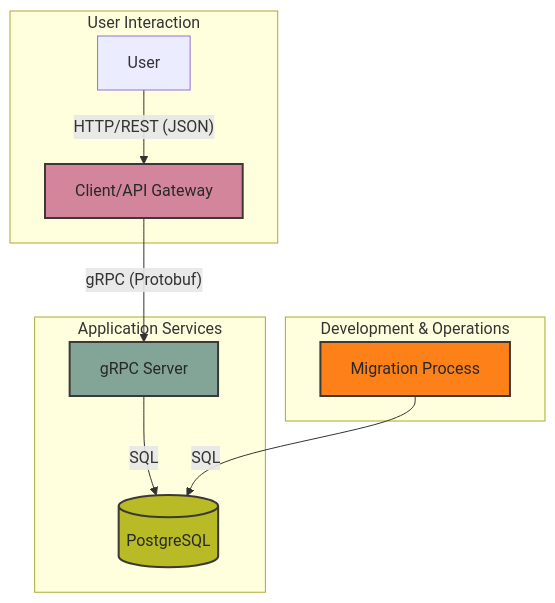
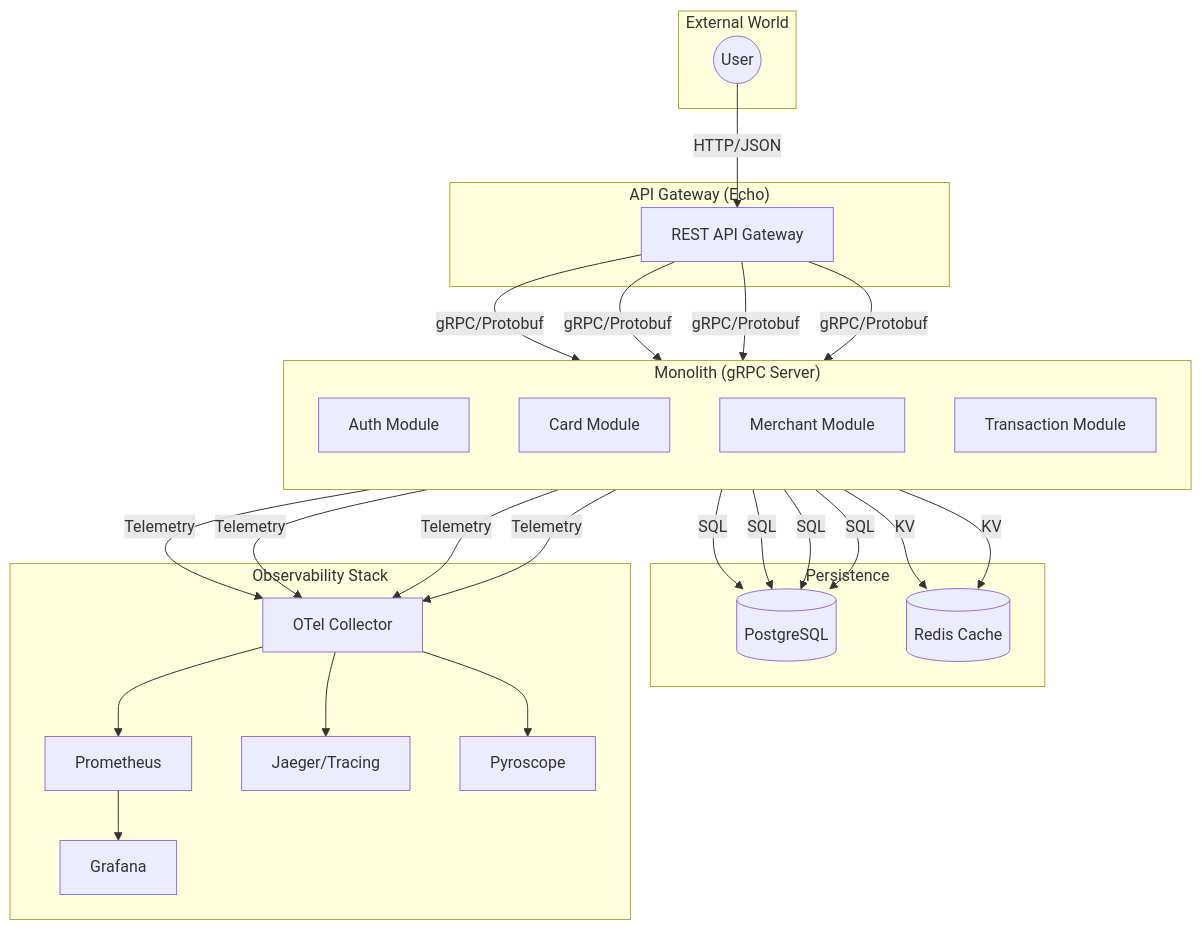
The first of 2 diagrams in README.md (MamangRust/payment-gateway-grpc), drawn with Mermaid before and after one commit. The commit also changed other lines of this file and 4 other files, not shown here.

````diff
--- a/README.md
+++ b/README.md
@@ -63,20 +53,41 @@
 ```mermaid
 graph TD
-    subgraph "User Interaction"
-        User -- "HTTP/REST (JSON)" --> Client[Client/API Gateway]
+    subgraph "External World"
+        User((User))
     end
 
-    subgraph "Application Services"
-        Client -- "gRPC (Protobuf)" --> Server[gRPC Server]
-        Server -- "SQL" --> Database[(PostgreSQL)]
+    subgraph "API Gateway (Echo)"
+        Gateway[REST API Gateway]
     end
 
-    subgraph "Development & Operations"
-        Migration[Migration Process] -- "SQL" --> Database
+    subgraph "Monolith (gRPC Server)"
+        direction TB
+        AuthService[Auth Module]
+        CardService[Card Module]
+        MerchantService[Merchant Module]
+        TransactionService[Transaction Module]
     end
 
-    style Client fill:#d3869b,stroke:#3c3836,stroke-width:2px,color:#282828
-    style Server fill:#83a598,stroke:#3c3836,stroke-width:2px,color:#282828
-    style Database fill:#b8bb26,stroke:#3c3836,stroke-width:2px,color:#282828
-    style Migration fill:#fe8019,stroke:#3c3836,stroke-width:2px,color:#282828
+    subgraph "Persistence"
+        Postgres[(PostgreSQL)]
+        Redis[(Redis Cache)]
+    end
+
+    subgraph "Observability Stack"
+        OTel[OTel Collector] --> Prometheus[Prometheus]
+        OTel --> Jaeger[Jaeger/Tracing]
+        OTel --> Pyroscope[Pyroscope]
+        Prometheus --> Grafana[Grafana]
+    end
+
+    User -- "HTTP/JSON" --> Gateway
+    Gateway -- "gRPC/Protobuf" --> AuthService
+    Gateway -- "gRPC/Protobuf" --> CardService
+    Gateway -- "gRPC/Protobuf" --> MerchantService
+    Gateway -- "gRPC/Protobuf" --> TransactionService
+    
+    AuthService & CardService & MerchantService & TransactionService -- "SQL" --> Postgres
+    AuthService & TransactionService -- "KV" --> Redis
+    
+    AuthService & CardService & MerchantService & TransactionService -- "Telemetry" --> OTel
 ```
````
